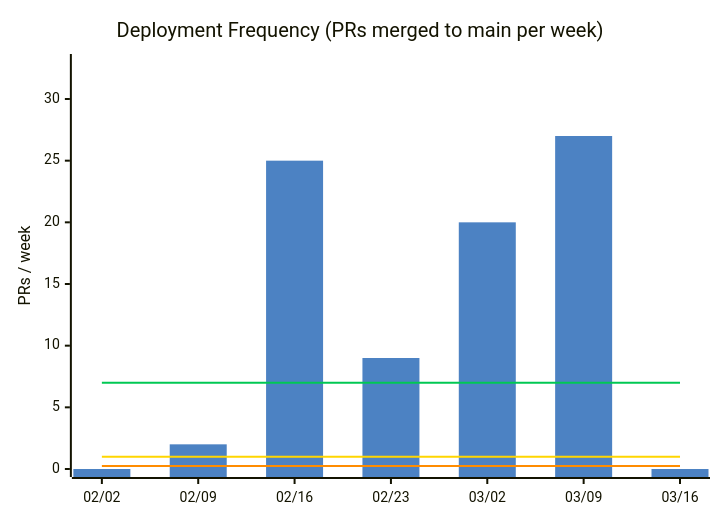
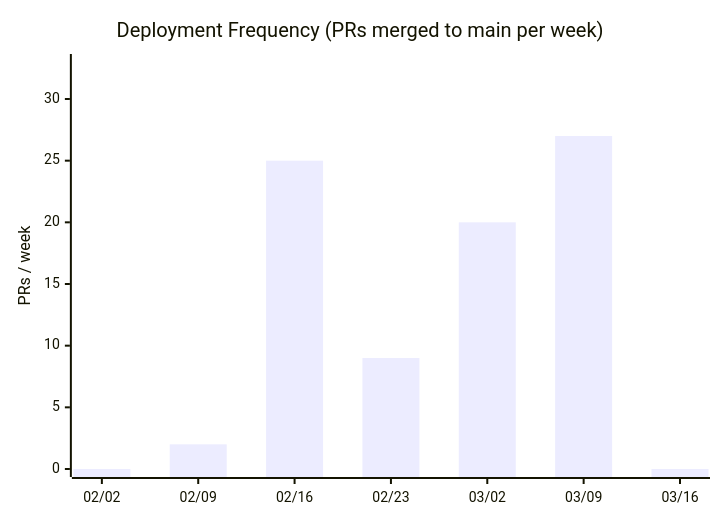
The first of 14 diagrams in docs/metrics.md (nablarch/nabledge-dev), drawn with Mermaid before and after one commit. The commit also changed other lines of this file, not shown here.

````diff
--- a/docs/metrics.md
+++ b/docs/metrics.md
@@ -37,11 +25,7 @@
 ```mermaid
-%%{init: {'theme': 'base', 'themeVariables': {'xyChart': {'plotColorPalette': '#4C82C3,#00C853,#FFD600,#FF8C00'}}}}%%
 xychart-beta
   title "Deployment Frequency (PRs merged to main per week)"
   x-axis ["02/02", "02/09", "02/16", "02/23", "03/02", "03/09", "03/16"]
   y-axis "PRs / week" 0 --> 33
   bar [0, 2, 25, 9, 20, 27, 0]
-  line [7, 7, 7, 7, 7, 7, 7]
-  line [1, 1, 1, 1, 1, 1, 1]
-  line [0.25, 0.25, 0.25, 0.25, 0.25, 0.25, 0.25]
 ```
````
